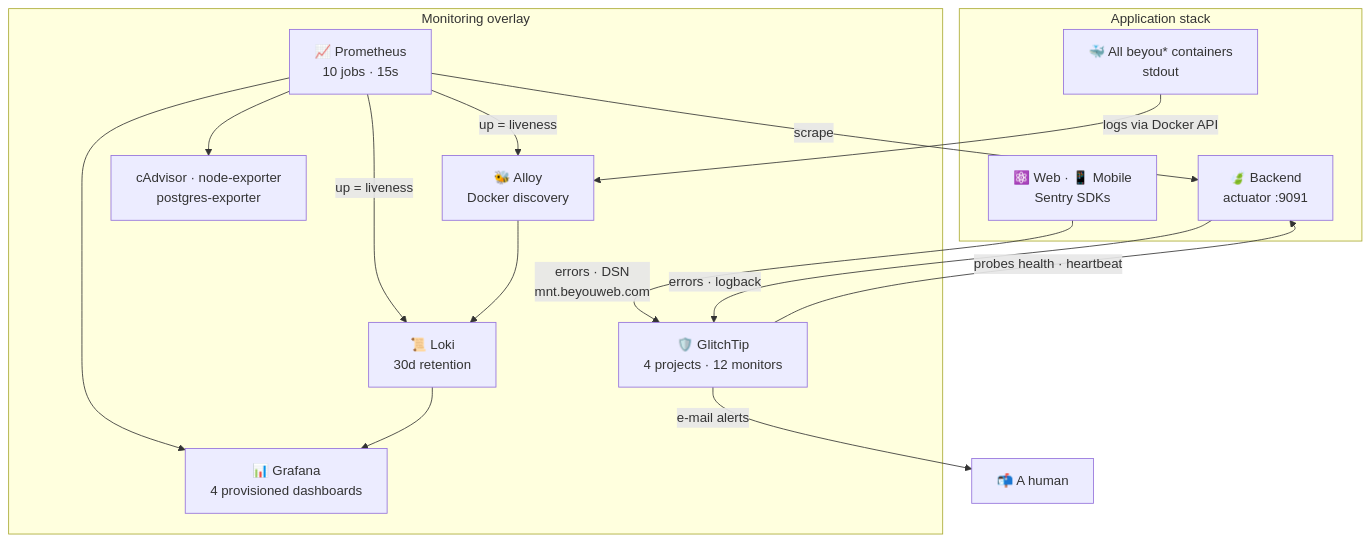
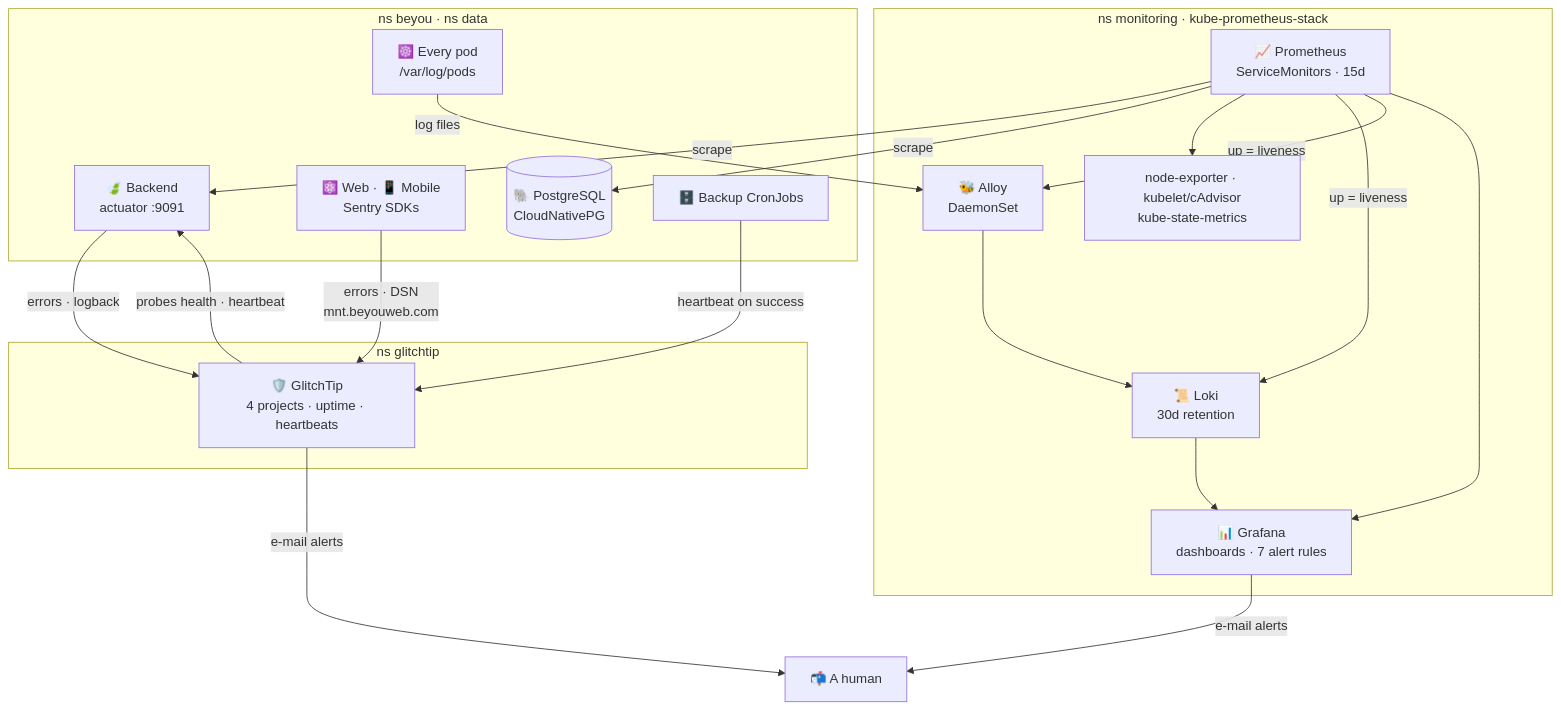
One commit to AndDev741/Beyou-arch-design changed the diagram in architecture/monitoring/diagram.mmd. Above: the diagram before and after it, drawn with Mermaid. The commit also changed 29 other files, not shown here.

```diff
--- a/architecture/monitoring/diagram.mmd
+++ b/architecture/monitoring/diagram.mmd
@@ -1,27 +1,35 @@
 flowchart TD
-  subgraph app["Application stack"]
+  subgraph app["ns beyou · ns data"]
     BE["🍃 Backend<br/>actuator :9091"]
     WEB["⚛️ Web · 📱 Mobile<br/>Sentry SDKs"]
-    CONT["🐳 All beyou* containers<br/>stdout"]
+    PODS["☸️ Every pod<br/>/var/log/pods"]
+    PG[("🐘 PostgreSQL<br/>CloudNativePG")]
+    BK["🗄️ Backup CronJobs"]
   end
 
-  subgraph overlay["Monitoring overlay"]
-    PR["📈 Prometheus<br/>10 jobs · 15s"]
-    AL["🐝 Alloy<br/>Docker discovery"]
+  subgraph mon["ns monitoring · kube-prometheus-stack"]
+    PR["📈 Prometheus<br/>ServiceMonitors · 15d"]
+    AL["🐝 Alloy<br/>DaemonSet"]
     LK["📜 Loki<br/>30d retention"]
-    GT["🛡️ GlitchTip<br/>4 projects · 12 monitors"]
-    GF["📊 Grafana<br/>4 provisioned dashboards"]
-    EX["cAdvisor · node-exporter<br/>postgres-exporter"]
+    GF["📊 Grafana<br/>dashboards · 7 alert rules"]
+    EX["node-exporter · kubelet/cAdvisor<br/>kube-state-metrics"]
+  end
+
+  subgraph gtns["ns glitchtip"]
+    GT["🛡️ GlitchTip<br/>4 projects · uptime · heartbeats"]
   end
 
   PR -->|"scrape"| BE
+  PR -->|"scrape"| PG
   PR --> EX
   PR -->|"up = liveness"| LK
   PR -->|"up = liveness"| AL
-  CONT -->|"logs via Docker API"| AL --> LK
+  PODS -->|"log files"| AL --> LK
   WEB -->|"errors · DSN<br/>mnt.beyouweb.com"| GT
   BE -->|"errors · logback"| GT
   GT -->|"probes health · heartbeat"| BE
+  BK -->|"heartbeat on success"| GT
   PR --> GF
   LK --> GF
   GT -->|"e-mail alerts"| MAIL["📬 A human"]
+  GF -->|"e-mail alerts"| MAIL
```
